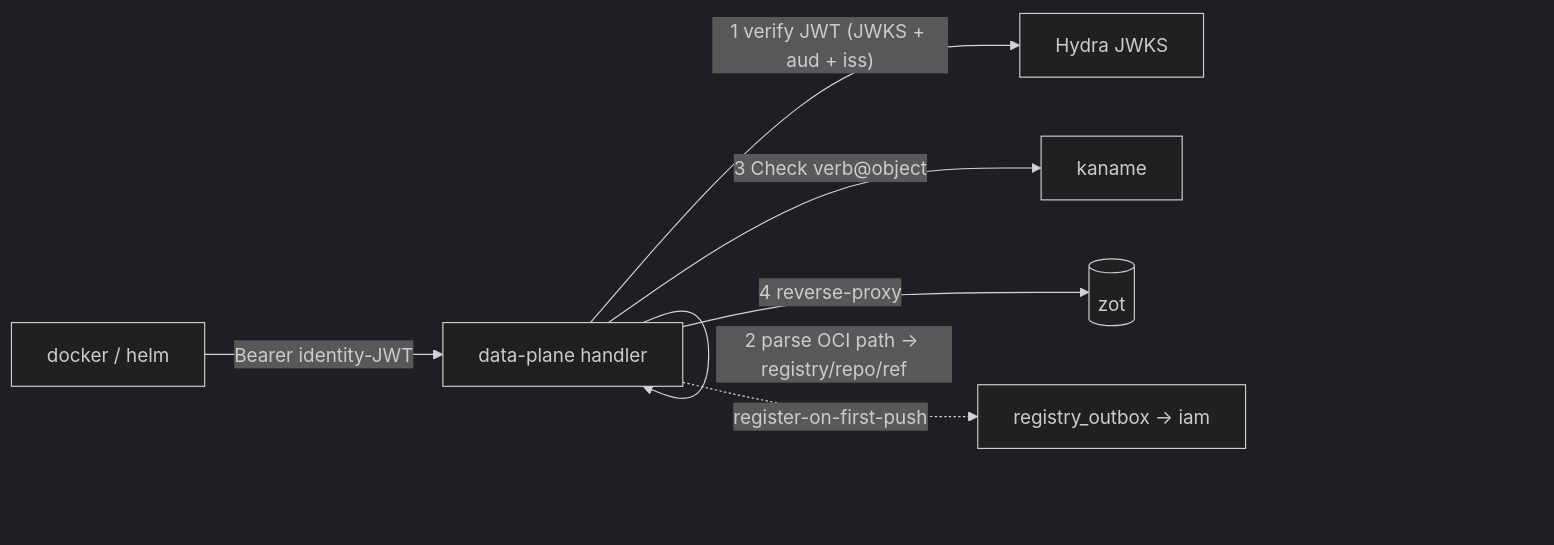
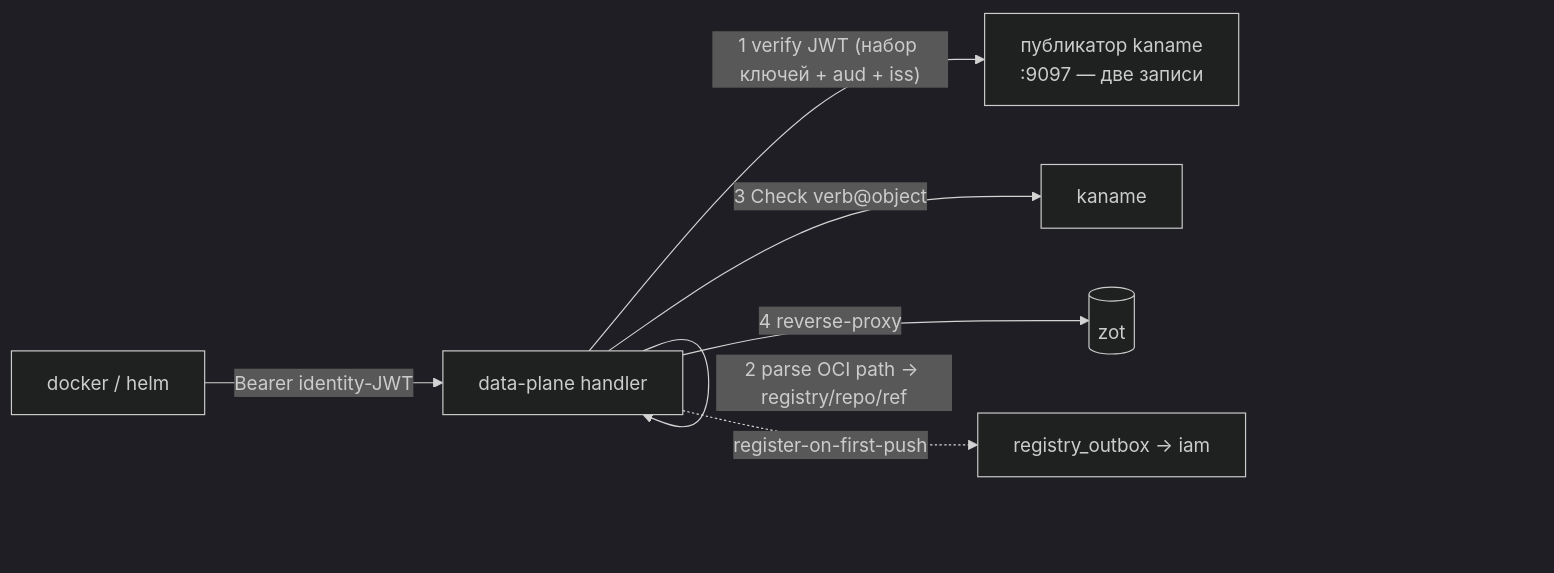
One commit to PRO-Robotech/kacho changed the first of 2 diagrams in services/registry/docs/content/architecture/data-plane.mdx. Above: the diagram before and after it, drawn with Mermaid (dark theme). The commit also changed other lines of this file and 140 other files, not shown here.

````diff
--- a/services/registry/docs/content/architecture/data-plane.mdx
+++ b/services/registry/docs/content/architecture/data-plane.mdx
@@ -23,9 +23,9 @@
 ```mermaid
 flowchart LR
   docker["docker / helm"] -->|"Bearer identity-JWT"| h["data-plane handler"]
-  h -->|"1 verify JWT (JWKS + aud + iss)"| jwks["Hydra JWKS"]
+  h -->|"1 verify JWT (набор ключей + aud + iss)"| jwks["публикатор kaname<br/>:9097 — две записи"]
   h -->|"2 parse OCI path → registry/repo/ref"| h
   h -->|"3 Check verb@object"| iam["kaname"]
   h -->|"4 reverse-proxy"| zot[("zot")]
   h -.->|"register-on-first-push"| outbox["registry_outbox → iam"]
 ```
````
